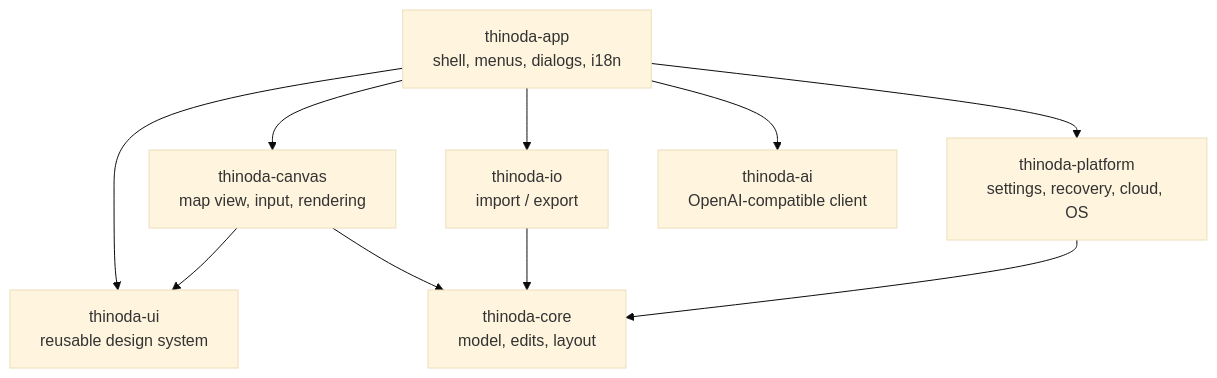
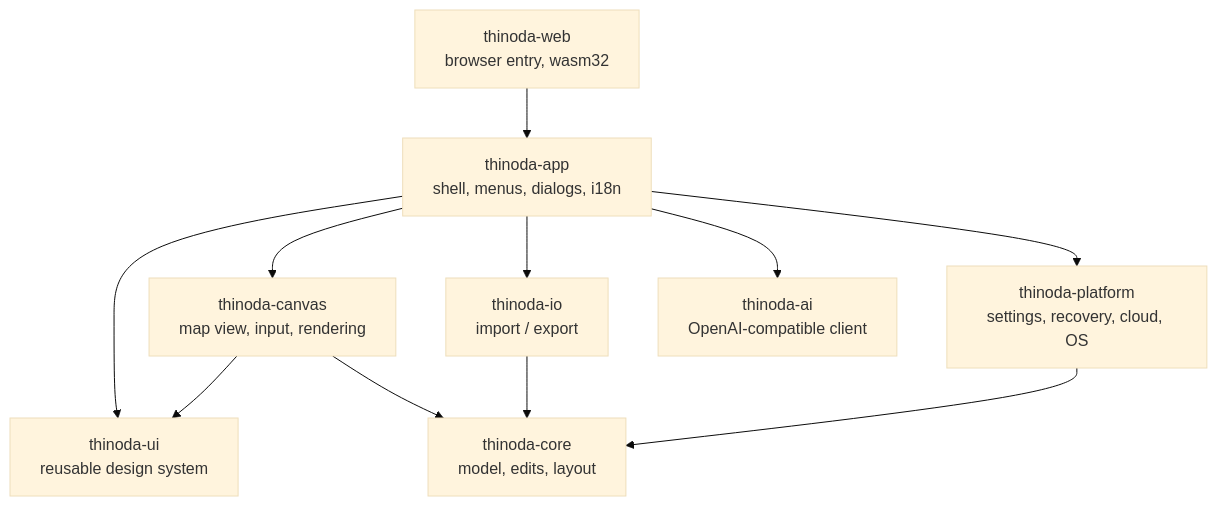
One commit to AxelWol/Thinoda changed the diagram in docs/ARCHITECTURE.md. Above: the diagram before and after it, drawn with Mermaid (base theme). The commit also changed other lines of this file and 48 other files, not shown here.

First line of the commit message:
feat(web): static WebAssembly web app published on GitLab Pages

````diff
--- a/docs/ARCHITECTURE.md
+++ b/docs/ARCHITECTURE.md
@@ -5,12 +5,13 @@
 ```mermaid
 graph TD
     app[thinoda-app<br/>shell, menus, dialogs, i18n] --> canvas[thinoda-canvas<br/>map view, input, rendering]
     app --> ui[thinoda-ui<br/>reusable design system]
     app --> io[thinoda-io<br/>import / export]
     app --> platform[thinoda-platform<br/>settings, recovery, cloud, OS]
     app --> ai[thinoda-ai<br/>OpenAI-compatible client]
+    web[thinoda-web<br/>browser entry, wasm32] --> app
     canvas --> ui
     canvas --> core[thinoda-core<br/>model, edits, layout]
     io --> core
     platform --> core
 ```
````
